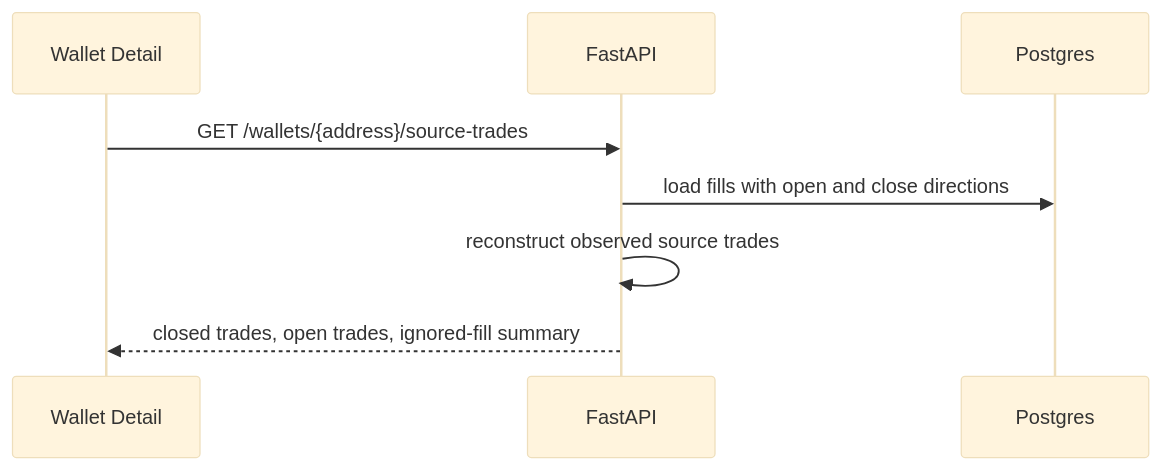
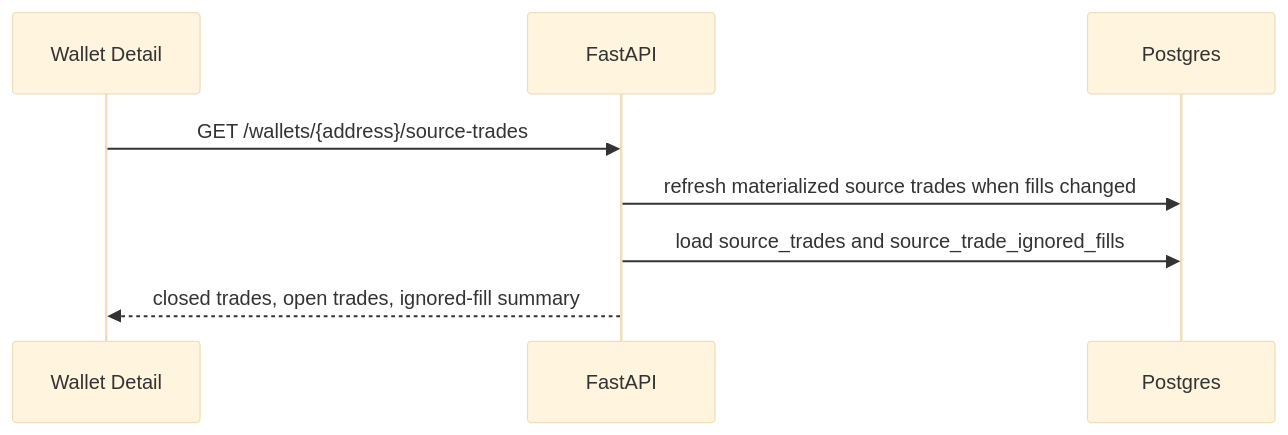
Before and after one commit to DrottPoker/copytrading-agent: the sixth of 9 diagrams in docs/architecture.md, drawn with Mermaid (base theme). The commit also changed other lines of this file and 14 other files, not shown here.

````diff
--- a/docs/architecture.md
+++ b/docs/architecture.md
@@ -311,11 +318,11 @@
 ```mermaid
 sequenceDiagram
   participant UI as Wallet Detail
   participant API as FastAPI
   participant DB as Postgres
 
   UI->>API: GET /wallets/{address}/source-trades
-  API->>DB: load fills with open and close directions
-  API->>API: reconstruct observed source trades
+  API->>DB: refresh materialized source trades when fills changed
+  API->>DB: load source_trades and source_trade_ignored_fills
   API-->>UI: closed trades, open trades, ignored-fill summary
 ```
````
